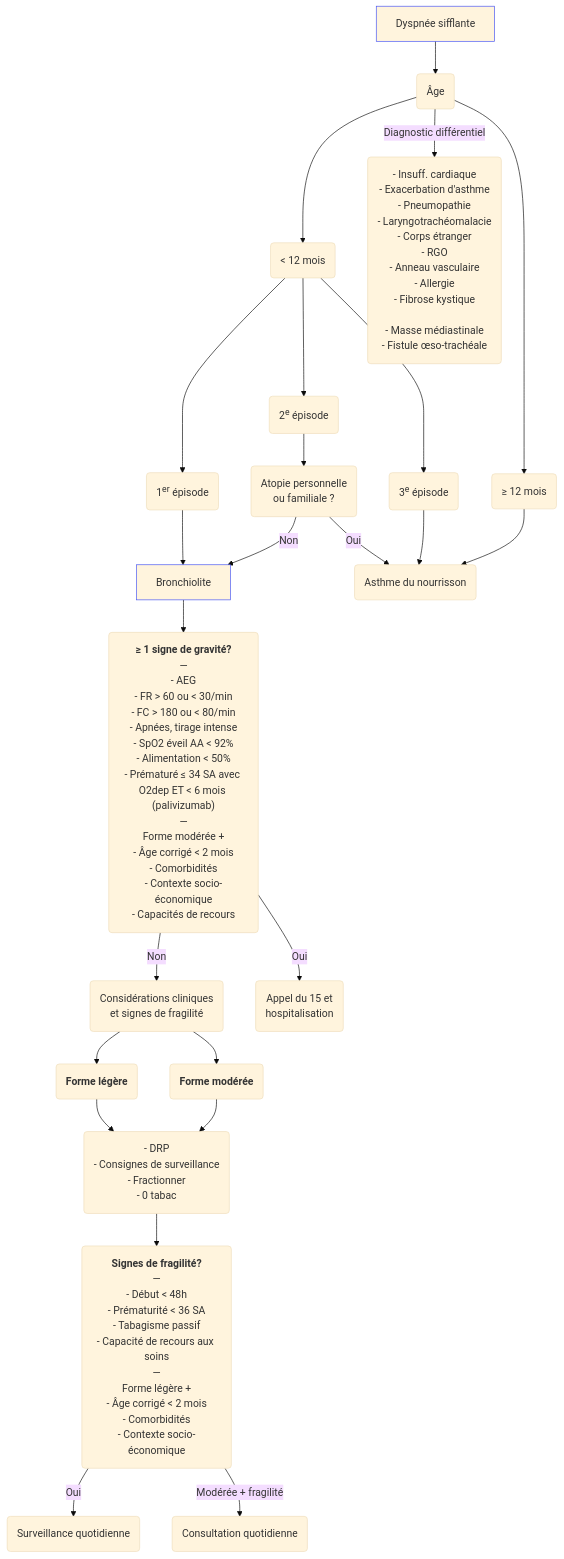
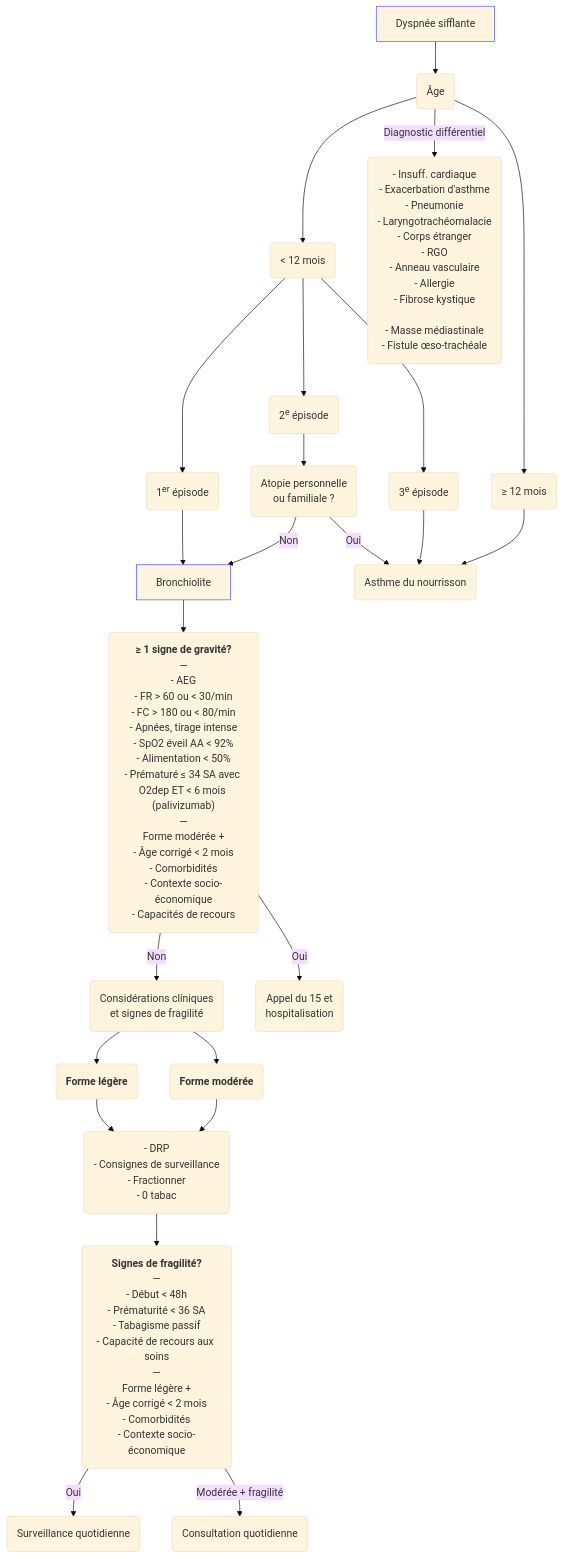
One commit to djibe/recommandations-medicales changed the diagram in content/recommandations/bronchiolite.md. Above: the diagram before and after it, drawn with Mermaid (base theme). The commit also changed other lines of this file and 14 other files, not shown here.

```diff
--- a/content/recommandations/bronchiolite.md
+++ b/content/recommandations/bronchiolite.md
@@ -322,26 +322,26 @@
 {{< mermaid title="Prise en charge de la bronchiolite et d'une dyspnée sifflante. Dr JB Fron d'après HAS/CNPP 2019" >}}
 graph TB
 accTitle: Prise en charge de la bronchiolite et d'une dyspnée sifflante d'après HAS et CNPP 2019
   dyspnee[Dyspnée sifflante] --> age(Âge)
   style dyspnee stroke:#4150f5, stroke-width:1px
     age --> moins12(&lt; 12 mois)
       moins12 --> 1(1<sup>er</sup> épisode) --> bronchiolite[Bronchiolite]
       style bronchiolite stroke:#4150f5, stroke-width:1px
         bronchiolite --> gravite("<b>≥ 1 signe de gravité?</b><br>—<br>- AEG<br>- FR &gt; 60 ou &lt; 30/min<br>- FC &gt; 180 ou &lt; 80/min<br>- Apnées, tirage intense<br>- SpO2 éveil AA &lt; 92%<br>- Alimentation &lt; 50%<br>- Prématuré ≤ 34 SA avec O2dep ET &lt; 6 mois (palivizumab)<br>—<br>Forme modérée +<br>- Âge corrigé &lt; 2 mois<br>- Comorbidités<br>- Contexte socio-économique<br>- Capacités de recours")
           gravite -- Non --> impression(Considérations cliniques<br>et signes de fragilité)
             impression --> legere("<b>Forme légère</b>")
               legere --> education("- DRP<br>- Consignes de surveillance<br>- Fractionner<br>- 0 tabac")
                 education --> fragilite("<b>Signes de fragilité?</b><br>—<br>- Début &lt; 48h<br>- Prématurité &lt; 36 SA<br>- Tabagisme passif<br>- Capacité de recours aux soins<br>—<br>Forme légère +<br>- Âge corrigé &lt; 2 mois<br>- Comorbidités<br>- Contexte socio-économique")
                   fragilite -- Oui --> vigilance(Surveillance quotidienne)
                   fragilite -- Modérée + fragilité --> consultation(Consultation quotidienne)
             impression --> moderee("<b>Forme modérée</b>")
               moderee --> education
           gravite -- Oui --> hospitalisation(Appel du 15 et<br>hospitalisation)
       moins12 --> 2(2<sup>e</sup> épisode) --> atopie(Atopie personnelle<br>ou familiale ?)
         atopie -- Non --> bronchiolite
         atopie -- Oui --> asthme
       moins12 --> 3(3<sup>e</sup> épisode) --> asthme(Asthme du nourrisson)
     age --> plus12("≥ 12 mois") --> asthme
-    age -- Diagnostic différentiel --> differentiel("- Insuff. cardiaque<br>- Exacerbation d'asthme<br>- Pneumopathie<br>- Laryngotrachéomalacie<br>- Corps étranger<br>- RGO<br>- Anneau vasculaire<br>- Allergie<br>- Fibrose kystique<br>
+    age -- Diagnostic différentiel --> differentiel("- Insuff. cardiaque<br>- Exacerbation d'asthme<br>- Pneumonie<br>- Laryngotrachéomalacie<br>- Corps étranger<br>- RGO<br>- Anneau vasculaire<br>- Allergie<br>- Fibrose kystique<br>
 - Masse médiastinale<br>- Fistule œso-trachéale")
 {{< /mermaid >}}
```
